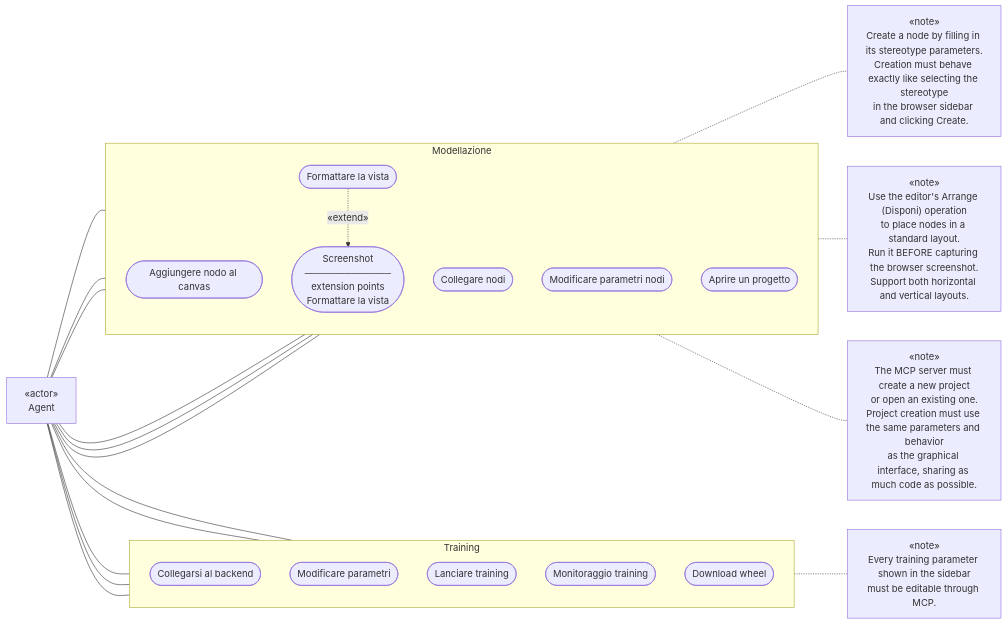
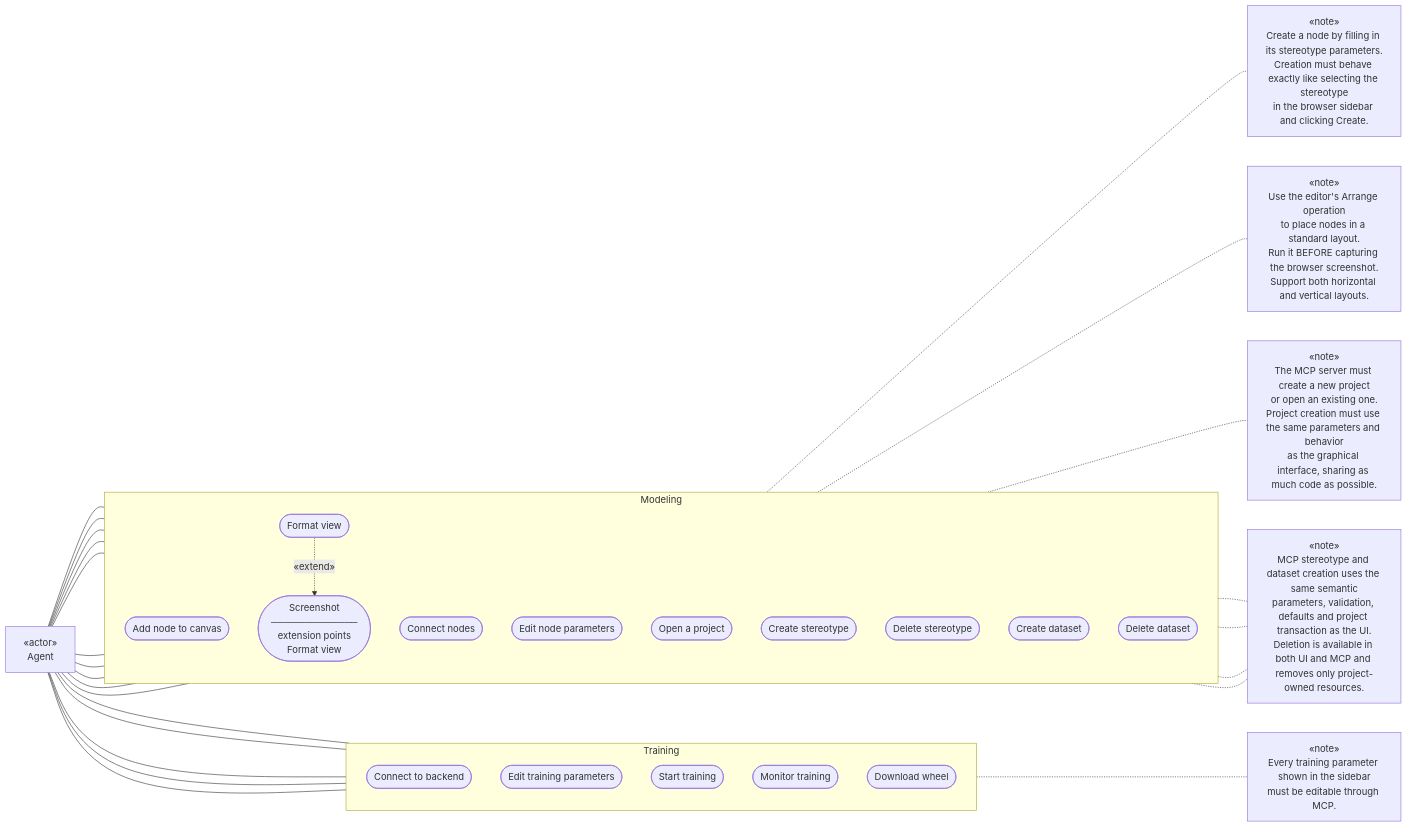
Before and after one commit to LucaSforza/NNModelling: the diagram in docs/knowledge/uml/mcp-use-case-parity.md, drawn with Mermaid. The commit also changed other lines of this file and 26 other files, not shown here.

Commit message:
feat: add MCP project authoring parity

````diff
--- a/docs/knowledge/uml/mcp-use-case-parity.md
+++ b/docs/knowledge/uml/mcp-use-case-parity.md
@@ -28,51 +29,64 @@
 ```mermaid
 flowchart LR
     A["«actor»<br/>Agent"]
 
     subgraph TRAINING["Training"]
         direction TB
-        T1(["Collegarsi al backend"])
-        T2(["Modificare parametri"])
-        T3(["Lanciare training"])
-        T4(["Monitoraggio training"])
+        T1(["Connect to backend"])
+        T2(["Edit training parameters"])
+        T3(["Start training"])
+        T4(["Monitor training"])
         T5(["Download wheel"])
     end
 
-    subgraph MODELLAZIONE["Modellazione"]
+    subgraph MODELING["Modeling"]
         direction TB
-        M1(["Aggiungere nodo al canvas"])
-        M2(["Collegare nodi"])
-        M3(["Modificare parametri nodi"])
-        M4(["Formattare la vista"])
-        M5(["Screenshot<br/>─────────────<br/>extension points<br/>Formattare la vista"])
-        M6(["Aprire un progetto"])
+        M1(["Add node to canvas"])
+        M2(["Connect nodes"])
+        M3(["Edit node parameters"])
+        M4(["Format view"])
+        M5(["Screenshot<br/>─────────────<br/>extension points<br/>Format view"])
+        M6(["Open a project"])
+        M7(["Create stereotype"])
+        M8(["Delete stereotype"])
+        M9(["Create dataset"])
+        M10(["Delete dataset"])
 
         M4 -. "«extend»" .-> M5
     end
 
     A --- T1
     A --- T2
     A --- T3
     A --- T4
     A --- T5
 
     A --- M1
     A --- M2
     A --- M3
     A --- M4
     A --- M5
     A --- M6
+    A --- M7
+    A --- M8
+    A --- M9
+    A --- M10
 
     N1["«note»<br/>Every training parameter shown in the sidebar<br/>must be editable through MCP."]
 
     N2["«note»<br/>Create a node by filling in its stereotype parameters.<br/>Creation must behave exactly like selecting the stereotype<br/>in the browser sidebar and clicking Create."]
 
-    N3["«note»<br/>Use the editor's Arrange (Disponi) operation<br/>to place nodes in a standard layout.<br/>Run it BEFORE capturing the browser screenshot.<br/>Support both horizontal and vertical layouts."]
+    N3["«note»<br/>Use the editor's Arrange operation<br/>to place nodes in a standard layout.<br/>Run it BEFORE capturing the browser screenshot.<br/>Support both horizontal and vertical layouts."]
 
     N4["«note»<br/>The MCP server must create a new project<br/>or open an existing one.<br/>Project creation must use the same parameters and behavior<br/>as the graphical interface, sharing as much code as possible."]
+    N5["«note»<br/>MCP stereotype and dataset creation uses the same semantic<br/>parameters, validation, defaults and project transaction as the UI.<br/>Deletion is available in both UI and MCP and removes only project-owned resources."]
 
     T2 -.- N1
     M1 -.- N2
     M4 -.- N3
     M6 -.- N4
+    M7 -.- N5
+    M8 -.- N5
+    M9 -.- N5
+    M10 -.- N5
 ```
````
